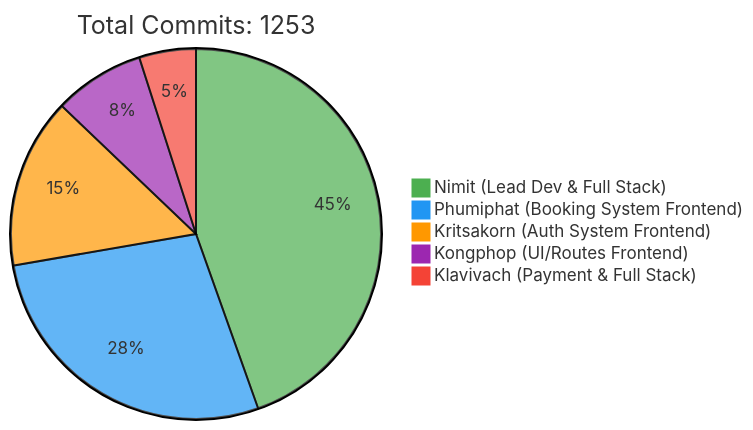
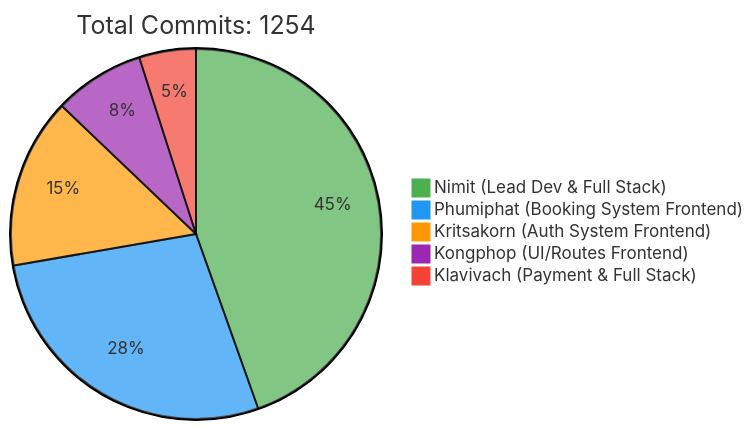
Before and after one commit to 6531503042/Sport-Complex: the first of 2 diagrams in README.md, drawn with Mermaid. The commit also changed other lines of this file, not shown here.

Commit message:
docs: Update contributor statistics [skip ci]

````diff
--- a/README.md
+++ b/README.md
@@ -257,10 +257,10 @@
 ```mermaid
 %%{init: {'theme': 'base', 'themeVariables': { 'pie1': '#4CAF50', 'pie2': '#2196F3', 'pie3': '#FF9800', 'pie4': '#9C27B0', 'pie5': '#F44336'}}}%%
 pie
-    title Total Commits: 1253
+    title Total Commits: 1254
     "Nimit (Lead Dev & Full Stack)" : 450
     "Phumiphat (Booking System Frontend)" : 280
     "Kritsakorn (Auth System Frontend)" : 150
     "Kongphop (UI/Routes Frontend)" : 80
     "Klavivach (Payment & Full Stack)" : 50
 ```
````
